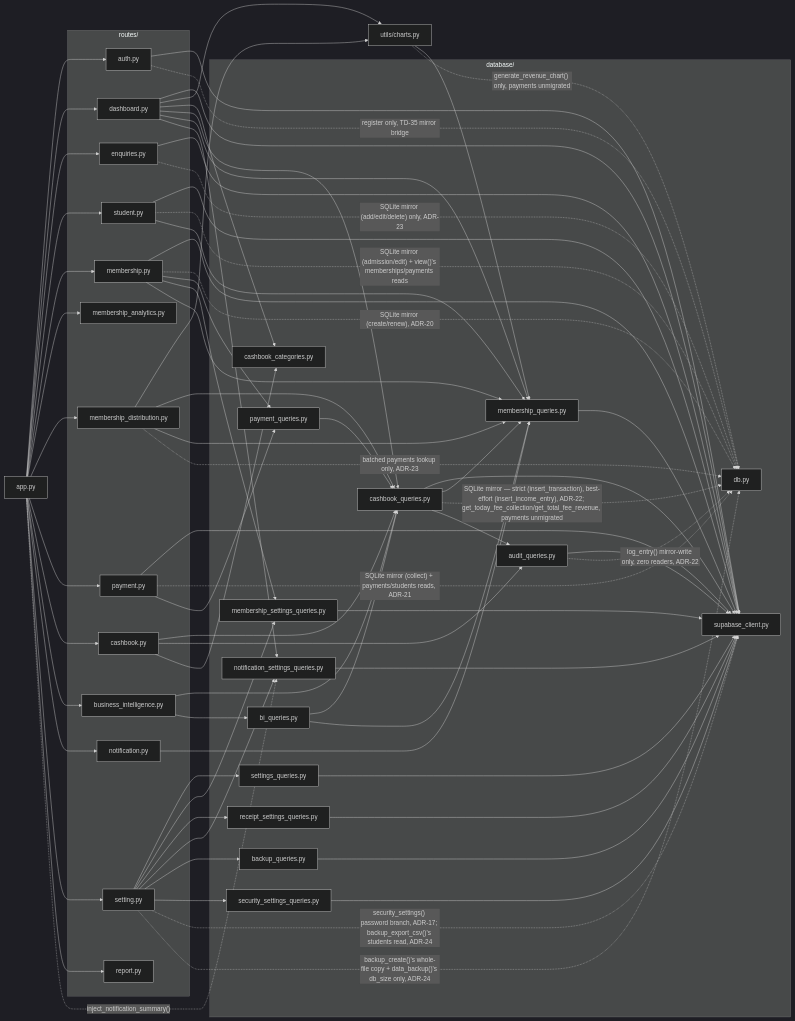
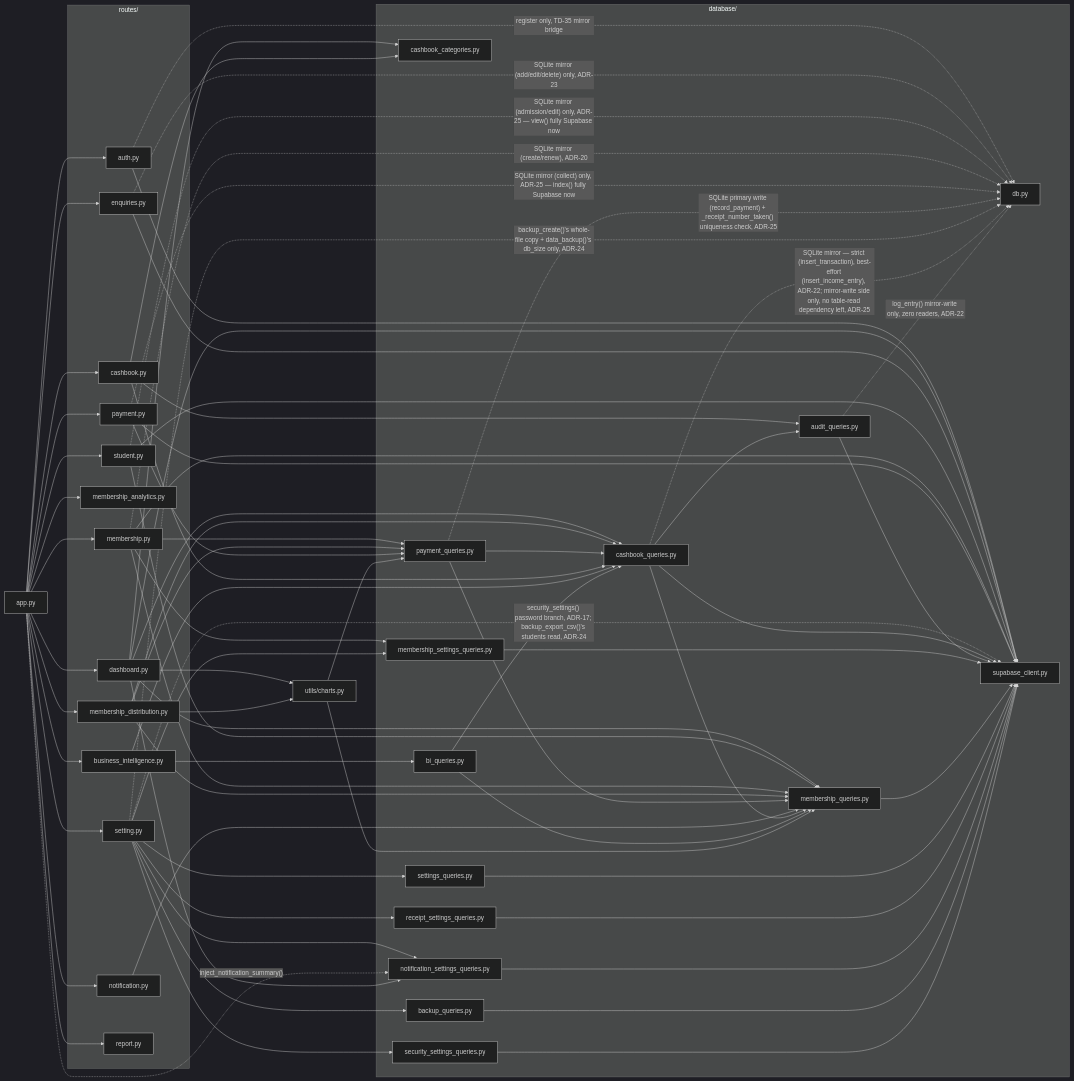
The fifth of 5 diagrams in docs/DIAGRAMS.md (saloni-keshore/smart-library-management-system), drawn with Mermaid (dark theme) before and after one commit. The commit also changed other lines of this file and 20 other files, not shown here.

First line of the commit message:
Migrate Payments (payments) to Supabase, and fix a pre-existing Supabase parity gap

````diff
--- a/docs/DIAGRAMS.md
+++ b/docs/DIAGRAMS.md
@@ -353,7 +363,7 @@
     enquiries_py --> supabase_client_py
     enquiries_py -.->|"SQLite mirror (add/edit/delete) only, ADR-23"| db_py
     student_py --> supabase_client_py
-    student_py -.->|"SQLite mirror (admission/edit) + view()'s memberships/payments reads"| db_py
+    student_py -.->|"SQLite mirror (admission/edit) only, ADR-25 — view() fully Supabase now"| db_py
     student_py --> membership_queries_py
     membership_py --> supabase_client_py
     membership_py -.->|"SQLite mirror (create/renew), ADR-20"| db_py
@@ -363,11 +373,13 @@
     membership_distribution_py --> charts_py
     membership_distribution_py --> cashbook_queries_py
     membership_distribution_py --> membership_queries_py
-    membership_distribution_py -.->|"batched payments lookup only, ADR-23"| db_py
+    membership_distribution_py --> payment_queries_py
     payment_py --> supabase_client_py
-    payment_py -.->|"SQLite mirror (collect) + payments/students reads, ADR-21"| db_py
     payment_py --> payment_queries_py
+    payment_py -.->|"SQLite mirror (collect) only, ADR-25 — index() fully Supabase now"| db_py
     payment_queries_py --> cashbook_queries_py
+    payment_queries_py --> membership_queries_py
+    payment_queries_py -.->|"SQLite primary write (record_payment) + _receipt_number_taken() uniqueness check, ADR-25"| db_py
     cashbook_py --> cashbook_queries_py
     cashbook_py --> audit_queries_py
     cashbook_py --> cashbook_categories_py
@@ -387,7 +399,7 @@
 
     cashbook_queries_py --> supabase_client_py
     cashbook_queries_py --> membership_queries_py
-    cashbook_queries_py -.->|"SQLite mirror — strict (insert_transaction), best-effort (insert_income_entry), ADR-22; get_today_fee_collection/get_total_fee_revenue, payments unmigrated"| db_py
+    cashbook_queries_py -.->|"SQLite mirror — strict (insert_transaction), best-effort (insert_income_entry), ADR-22; mirror-write side only, no table-read dependency left, ADR-25"| db_py
     cashbook_queries_py --> audit_queries_py
     bi_queries_py --> cashbook_queries_py
     bi_queries_py --> membership_queries_py
@@ -401,5 +413,5 @@
     backup_queries_py --> supabase_client_py
     security_settings_queries_py --> supabase_client_py
     charts_py --> membership_queries_py
-    charts_py -.->|"generate_revenue_chart() only, payments unmigrated"| db_py
+    charts_py --> payment_queries_py
 ```
````
